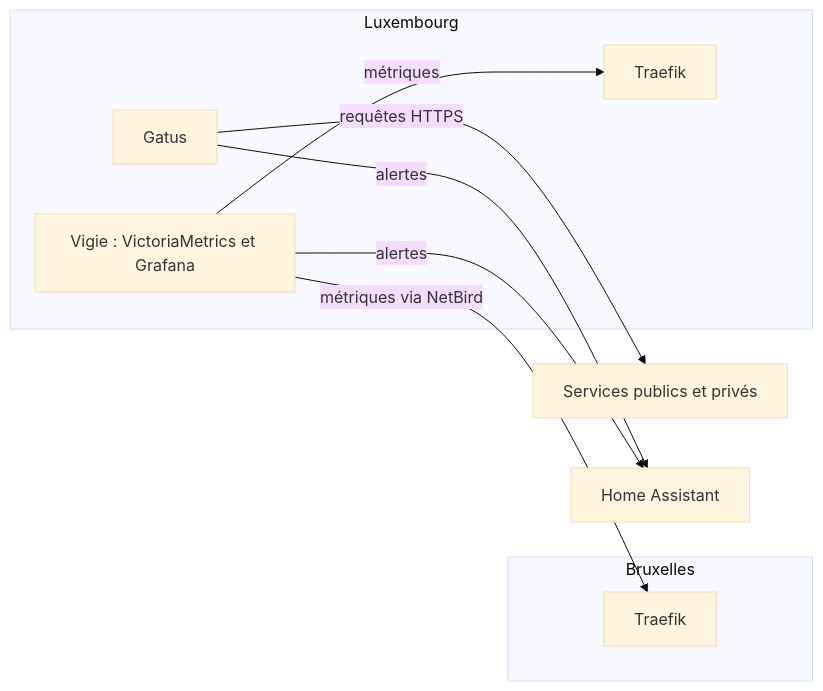
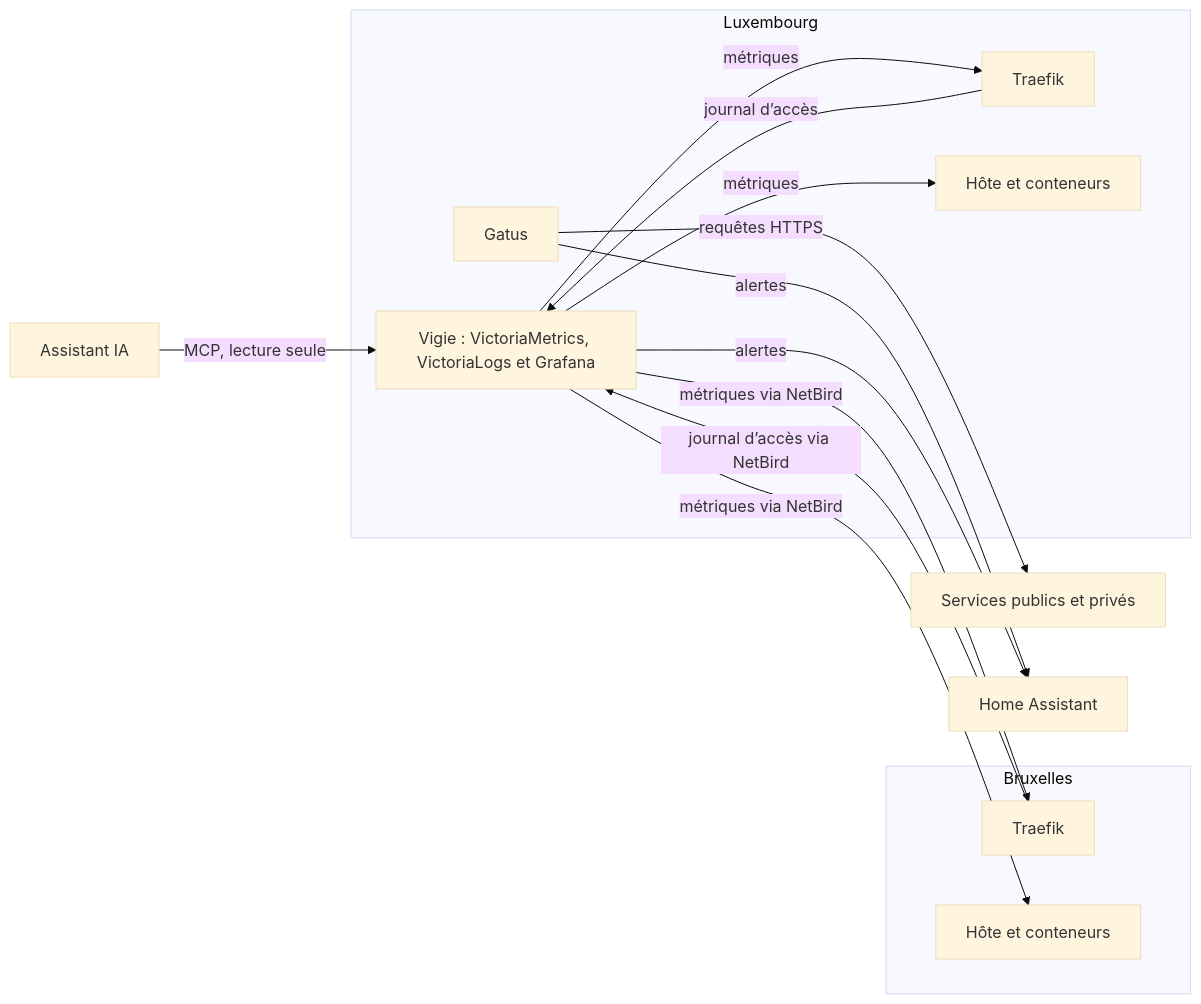
Before and after one commit to AlixANNERAUD/Infrastructure_website: the diagram in src/documentation/supervision.md, drawn with Mermaid (base theme). The commit also changed other lines of this file and 4 other files, not shown here.

First line of the commit message:
Document Vigie's logs, host metrics and assistant

````diff
--- a/src/documentation/supervision.md
+++ b/src/documentation/supervision.md
@@ -5,18 +5,23 @@
 ```mermaid
 flowchart LR
 	subgraph Luxembourg
 		Gatus
-		Vigie[Vigie : VictoriaMetrics et Grafana]
+		Vigie[Vigie : VictoriaMetrics, VictoriaLogs et Grafana]
 		TraefikL[Traefik]
+		HoteL[Hôte et conteneurs]
 	end
 
 	subgraph Bruxelles
 		TraefikB[Traefik]
+		HoteB[Hôte et conteneurs]
 	end
 
 	Gatus --"requêtes HTTPS"--> Services[Services publics et privés]
-	Vigie --"métriques"--> TraefikL
-	Vigie --"métriques via NetBird"--> TraefikB
+	Vigie --"métriques"--> TraefikL & HoteL
+	Vigie --"métriques via NetBird"--> TraefikB & HoteB
+	TraefikL --"journal d’accès"--> Vigie
+	TraefikB --"journal d’accès via NetBird"--> Vigie
 	Gatus --"alertes"--> HA[Home Assistant]
 	Vigie --"alertes"--> HA
+	Assistant[Assistant IA] --"MCP, lecture seule"--> Vigie
 ```
````
